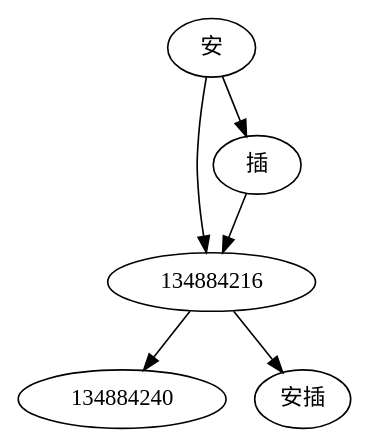
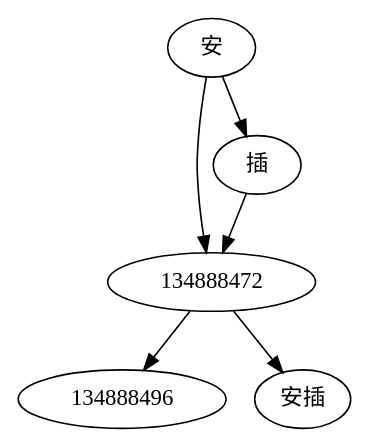
The diagram in era/data/wordspic.dot (barnabuschen/nero), drawn with Graphviz before and after one commit. The commit also changed 21 other files, not shown here.

```diff
--- a/era/data/wordspic.dot
+++ b/era/data/wordspic.dot
@@ -1,9 +1,9 @@
 digraph graphname {
 
-	安 -> 134884216;
+	安 -> 134888472;
 	安 -> 插;
-	插 -> 134884216;
-	134884216 -> 134884240;
-	134884216 ->  安插;
+	插 -> 134888472;
+	134888472 -> 134888496;
+	134888472 ->  安插;
 
 }
```
